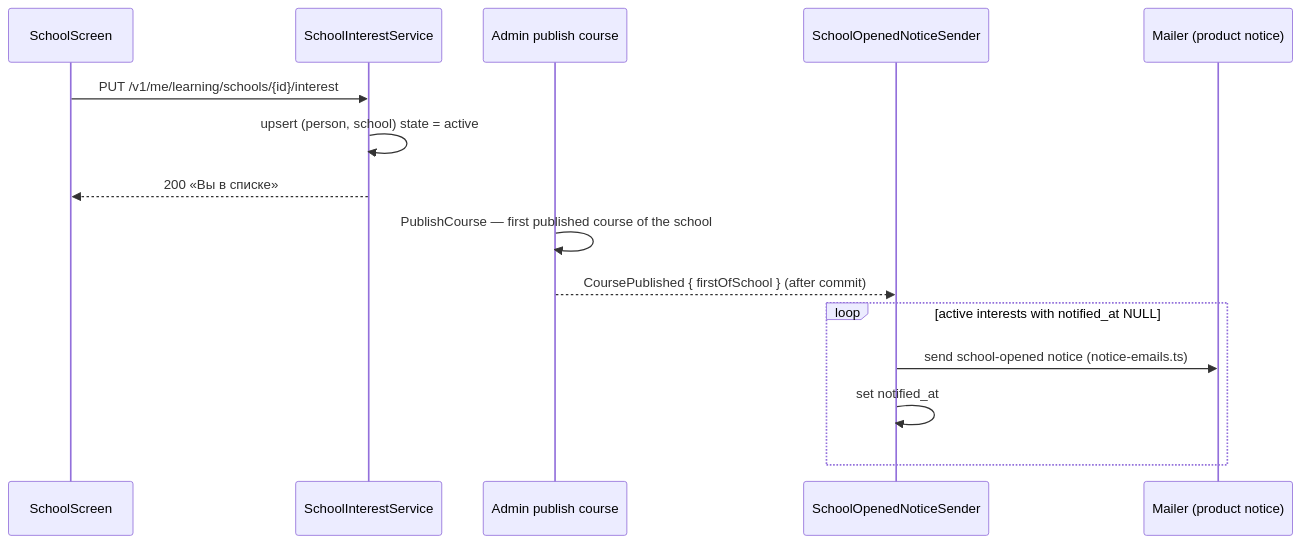
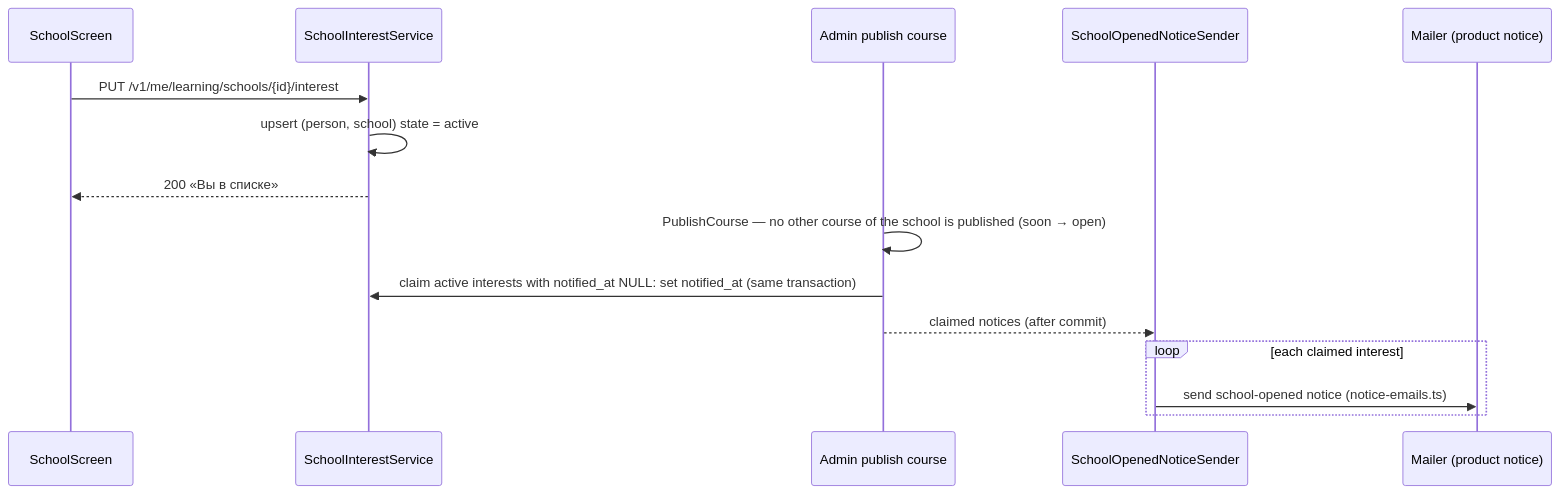
Before and after one commit to doctor-school/ds-platform: the fourth of 5 diagrams in apps/docs/content/specs/features/023-school-and-course/023-design.md, drawn with Mermaid. The commit also changed other lines of this file and 23 other files, not shown here.

First line of the commit message:
feat(4019): school-interest live journey (D14), 023 spec and register updates, letter copy

````diff
--- a/apps/docs/content/specs/features/023-school-and-course/023-design.md
+++ b/apps/docs/content/specs/features/023-school-and-course/023-design.md
@@ -108,17 +108,17 @@
 ```mermaid
 sequenceDiagram
   participant B as SchoolScreen
   participant I as SchoolInterestService
   participant A as Admin publish course
   participant N as SchoolOpenedNoticeSender
   participant M as Mailer (product notice)
   B->>I: PUT /v1/me/learning/schools/{id}/interest
   I->>I: upsert (person, school) state = active
   I-->>B: 200 «Вы в списке»
-  A->>A: PublishCourse — first published course of the school
-  A-->>N: CoursePublished { firstOfSchool } (after commit)
-  loop active interests with notified_at NULL
+  A->>A: PublishCourse — no other course of the school is published (soon → open)
+  A->>I: claim active interests with notified_at NULL: set notified_at (same transaction)
+  A-->>N: claimed notices (after commit)
+  loop each claimed interest
     N->>M: send school-opened notice (notice-emails.ts)
-    N->>N: set notified_at
   end
 ```
````
